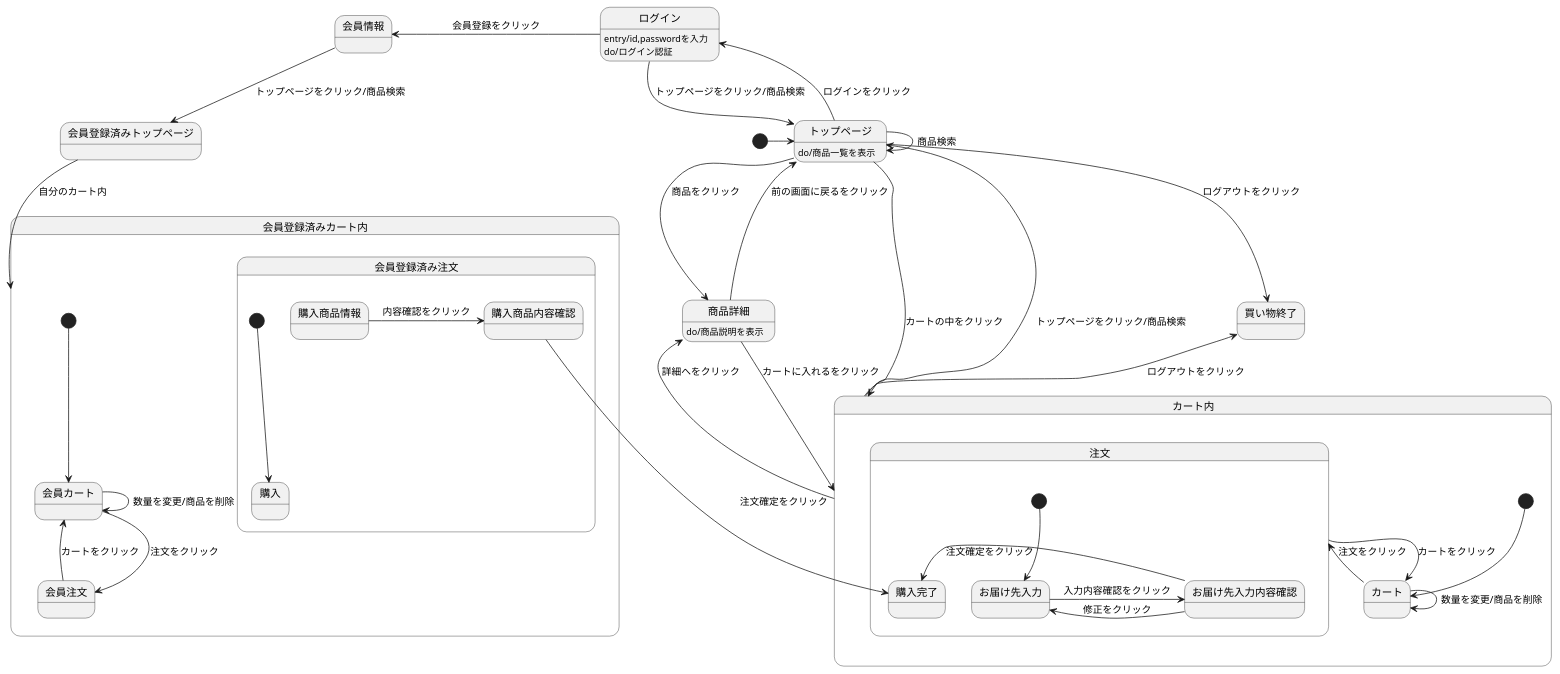
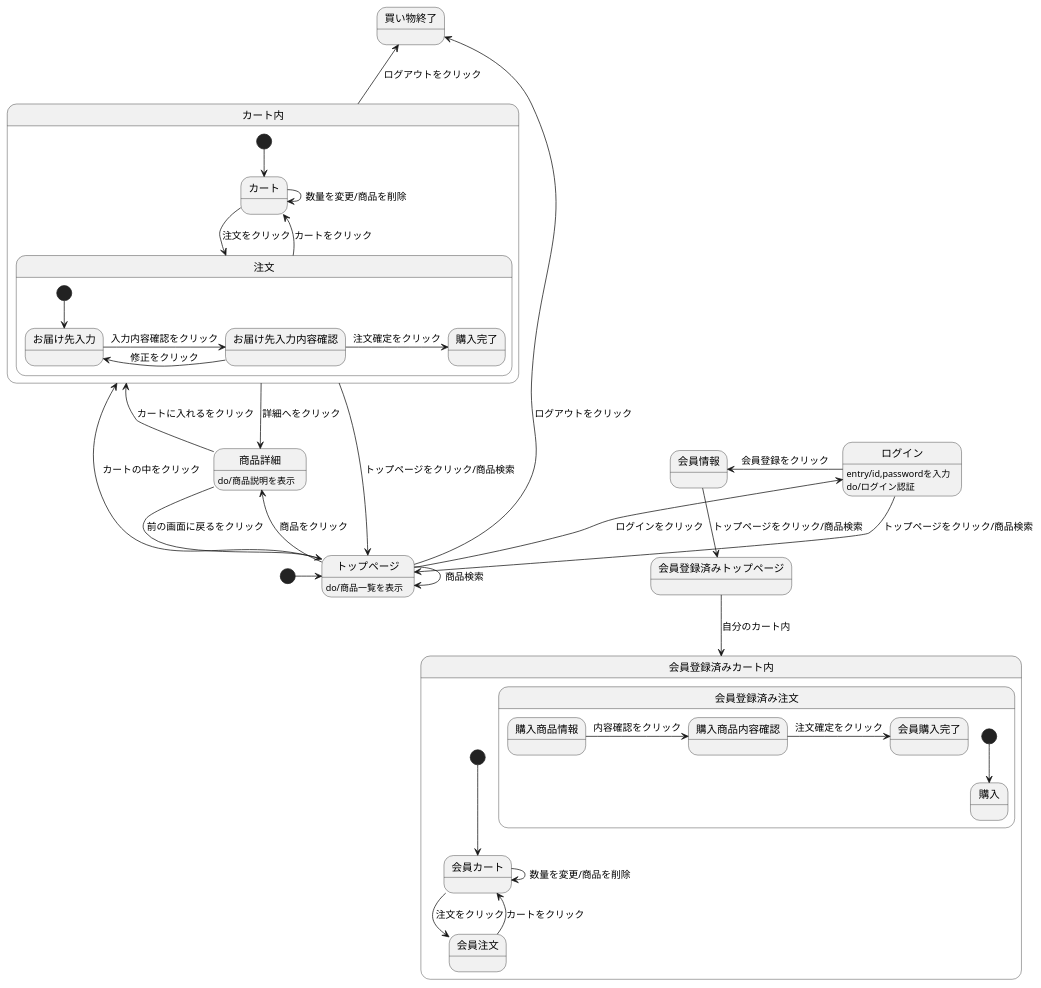
One commit to Aso2001140/2012sys-design changed the diagram in create 12.md. Above: the diagram before and after it, drawn with PlantUML.

Commit message:
Create create 12.md

````diff
--- a/create 12.md
+++ b/create 12.md
@@ -1,48 +1,48 @@
 ```uml
 @startuml
 [*] -> トップページ
 会員情報 --> 会員登録済みトップページ : トップページをクリック/商品検索
 会員登録済みトップページ --> 会員登録済みカート内 : 自分のカート内
 ログイン --> トップページ : トップページをクリック/商品検索
 ログイン : entry/id,passwordを入力
 ログイン : do/ログイン認証
 トップページ --> 買い物終了 : ログアウトをクリック
 トップページ -> トップページ : 商品検索
 トップページ -> 商品詳細 : 商品をクリック
 ログイン -left-> 会員情報 : 会員登録をクリック
 トップページ -left-> ログイン : ログインをクリック
 トップページ --> カート内 : カートの中をクリック
 トップページ : do/商品一覧を表示
 商品詳細 --> カート内 : カートに入れるをクリック
 商品詳細 --> トップページ : 前の画面に戻るをクリック
 商品詳細 : do/商品説明を表示
 カート内 -up-> トップページ : トップページをクリック/商品検索
 カート内 -up-> 買い物終了 : ログアウトをクリック
 カート内 -> 商品詳細 : 詳細へをクリック
 
 
 state カート内{
 [*] --> カート
 カート -> 注文 : 注文をクリック
 カート -> カート : 数量を変更/商品を削除
 注文 --> カート : カートをクリック
 state 注文{
 [*] --> お届け先入力
 お届け先入力 -> お届け先入力内容確認 : 入力内容確認をクリック
 お届け先入力内容確認 -> お届け先入力 : 修正をクリック
 お届け先入力内容確認 -> 購入完了 : 注文確定をクリック
 }
 }
 state 会員登録済みカート内{
 [*] --> 会員カート
 会員カート -> 会員注文 : 注文をクリック
 会員カート -> 会員カート : 数量を変更/商品を削除
 会員注文 --> 会員カート : カートをクリック
 state 会員登録済み注文{
 [*] --> 購入
 購入商品情報 -> 購入商品内容確認 : 内容確認をクリック
-購入商品内容確認 -> 購入完了 : 注文確定をクリック
+購入商品内容確認 -> 会員購入完了 : 注文確定をクリック
 }
 }
 @enduml
 ```
````
